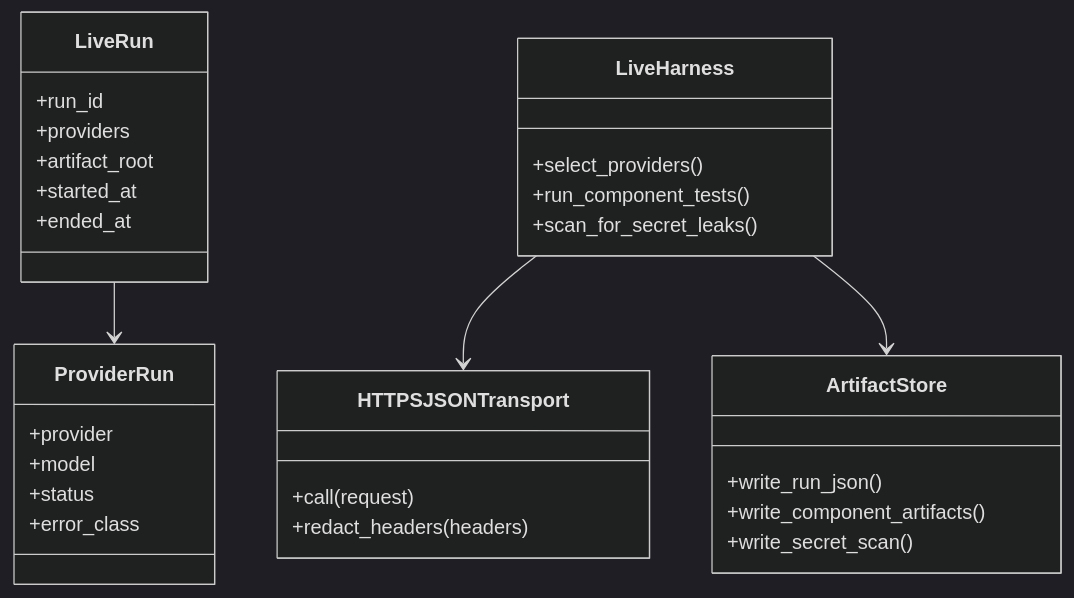
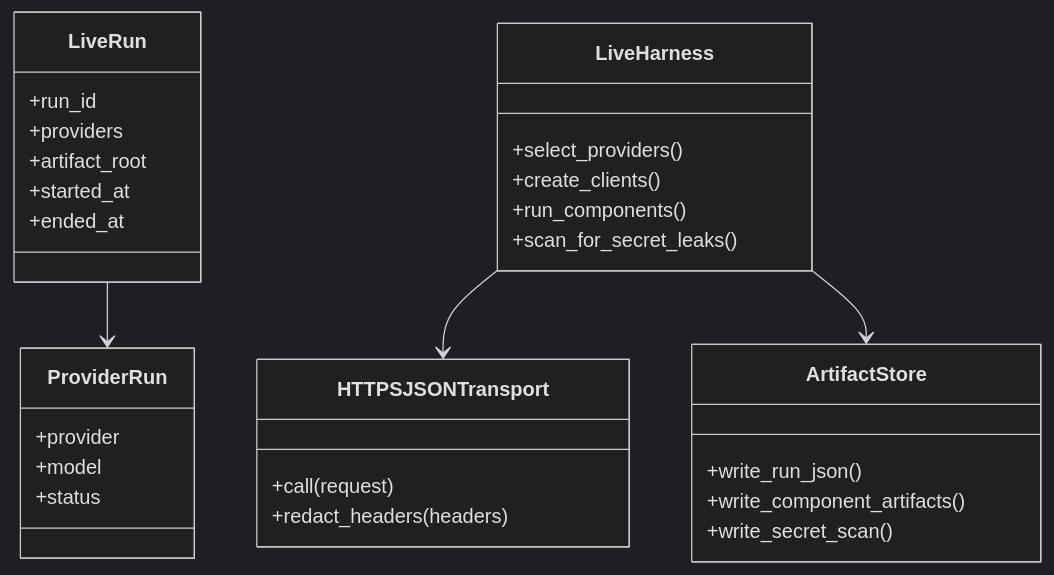
Before and after one commit to jaytaylor/attractor-tcl: the first of 5 diagrams in docs/sprints/SPRINT-004-comprehensive-implementation-plan.md, drawn with Mermaid (dark theme). The commit also changed other lines of this file, not shown here.

````diff
--- a/docs/sprints/SPRINT-004-comprehensive-implementation-plan.md
+++ b/docs/sprints/SPRINT-004-comprehensive-implementation-plan.md
@@ -655,34 +759,34 @@
 ```mermaid
 classDiagram
   class LiveRun {
     +run_id
     +providers
     +artifact_root
     +started_at
     +ended_at
   }
   class ProviderRun {
     +provider
     +model
     +status
-    +error_class
   }
   class LiveHarness {
     +select_providers()
-    +run_component_tests()
+    +create_clients()
+    +run_components()
     +scan_for_secret_leaks()
   }
   class HTTPSJSONTransport {
     +call(request)
     +redact_headers(headers)
   }
   class ArtifactStore {
     +write_run_json()
     +write_component_artifacts()
     +write_secret_scan()
   }
 
   LiveHarness --> HTTPSJSONTransport
   LiveHarness --> ArtifactStore
   LiveRun --> ProviderRun
 ```
````
